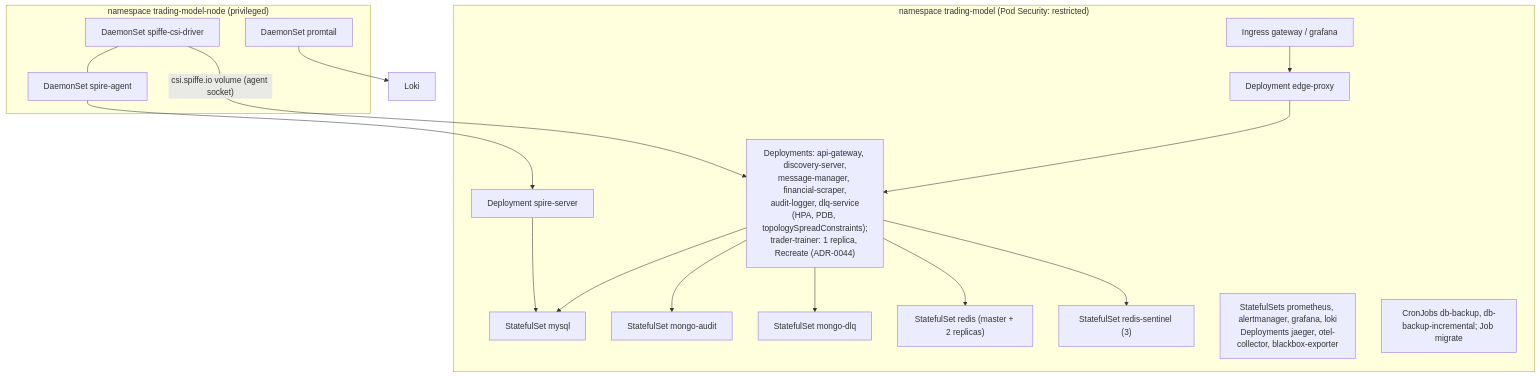
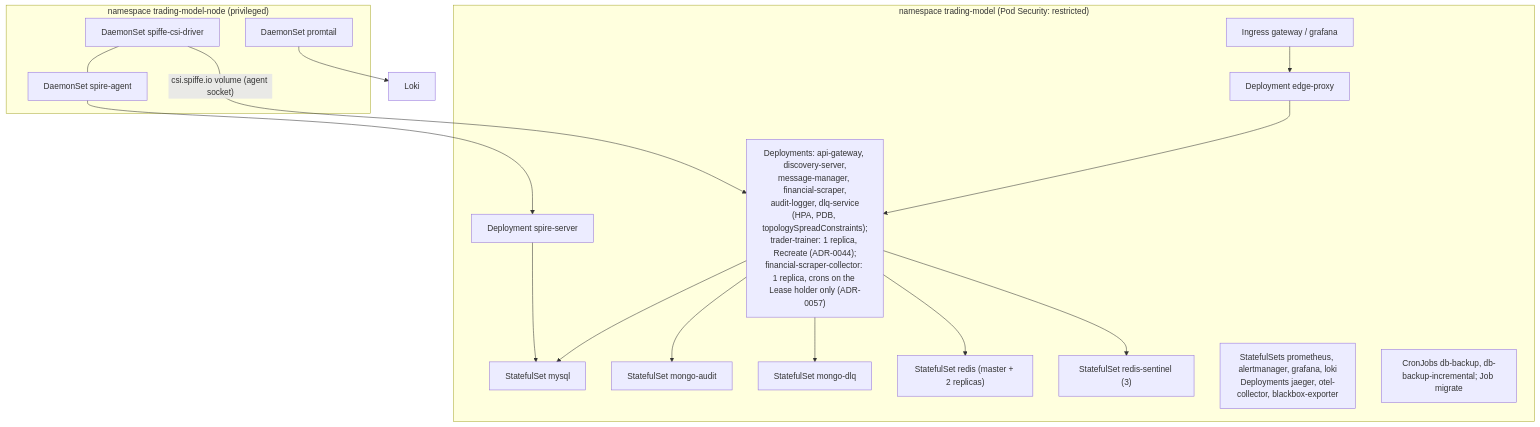
Before and after one commit to docteur-turboss/trading-model: the third of 4 diagrams in docs/architecture/system-overview.md, drawn with Mermaid. The commit also changed other lines of this file and 8 other files, not shown here.

First line of the commit message:
:memo:(docs): ADR-0057 supersedes ADR-0042, runbook and deploy docs for the collector Lease

````diff
--- a/docs/architecture/system-overview.md
+++ b/docs/architecture/system-overview.md
@@ -78,24 +78,24 @@
 ```mermaid
 flowchart TB
   subgraph tm["namespace trading-model (Pod Security: restricted)"]
     ing["Ingress gateway / grafana"] --> edge["Deployment edge-proxy"]
-    edge --> svc["Deployments: api-gateway, discovery-server,<br/>message-manager, financial-scraper,<br/>audit-logger, dlq-service<br/>(HPA, PDB, topologySpreadConstraints);<br/>trader-trainer: 1 replica, Recreate (ADR-0044)"]
+    edge --> svc["Deployments: api-gateway, discovery-server,<br/>message-manager, financial-scraper,<br/>audit-logger, dlq-service<br/>(HPA, PDB, topologySpreadConstraints);<br/>trader-trainer: 1 replica, Recreate (ADR-0044);<br/>financial-scraper-collector: 1 replica, crons on the Lease holder only (ADR-0057)"]
     svc --> mysql["StatefulSet mysql"]
     svc --> mA["StatefulSet mongo-audit"]
     svc --> mD["StatefulSet mongo-dlq"]
     svc --> rd["StatefulSet redis (master + 2 replicas)"]
     svc --> rs["StatefulSet redis-sentinel (3)"]
     ss["Deployment spire-server"] --> mysql
     obs["StatefulSets prometheus, alertmanager, grafana, loki<br/>Deployments jaeger, otel-collector, blackbox-exporter"]
     jobs["CronJobs db-backup, db-backup-incremental; Job migrate"]
   end
   subgraph node["namespace trading-model-node (privileged)"]
     agent["DaemonSet spire-agent"]
     csi["DaemonSet spiffe-csi-driver"]
     pt["DaemonSet promtail"]
   end
   csi -->|"csi.spiffe.io volume (agent socket)"| svc
   agent --> ss
   csi --- agent
   pt --> loki["Loki"]
 ```
````
